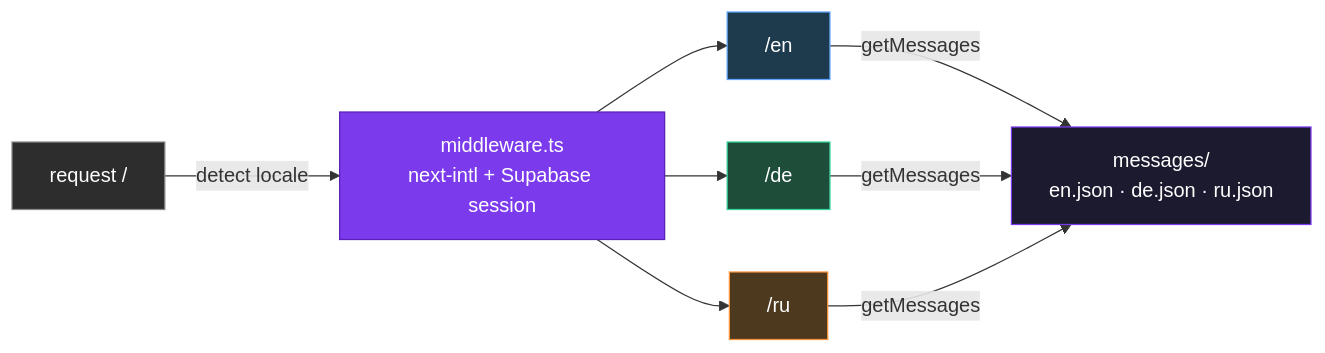
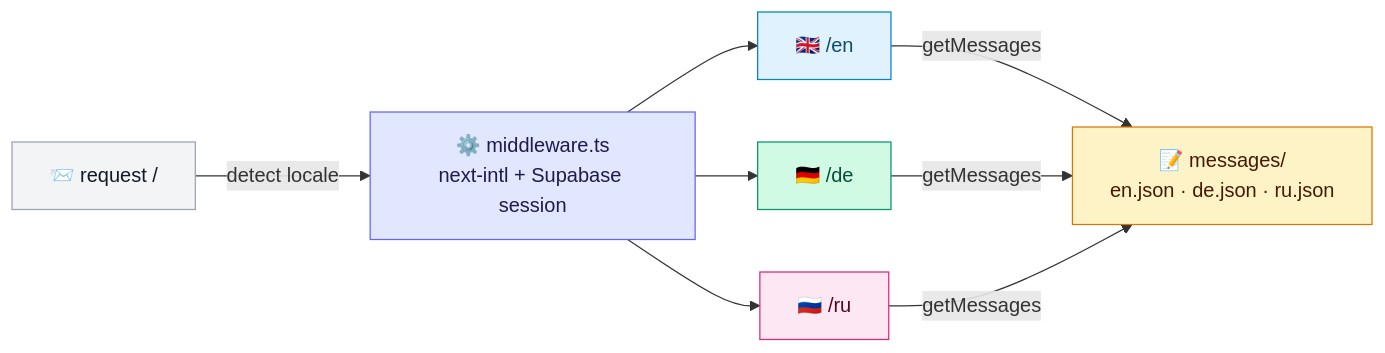
Before and after one commit to alexzhel-io/veloadout: the tenth of 14 diagrams in docs/architecture.md, drawn with Mermaid. The commit also changed other lines of this file and 1 other file, not shown here.

Commit message:
docs: translate to English, pastel colors on all diagrams

````diff
--- a/docs/architecture.md
+++ b/docs/architecture.md
@@ -360,22 +379,22 @@
 ```mermaid
 graph LR
-    REQ["request /"]
-    MW["middleware.ts<br>next-intl + Supabase session"]
-    EN["/en"]
-    DE["/de"]
-    RU["/ru"]
-    MSG["messages/<br>en.json · de.json · ru.json"]
+    REQ["📨 request /"]
+    MW["⚙️ middleware.ts<br>next-intl + Supabase session"]
+    EN["🇬🇧 /en"]
+    DE["🇩🇪 /de"]
+    RU["🇷🇺 /ru"]
+    MSG["📝 messages/<br>en.json · de.json · ru.json"]
 
     REQ -->|detect locale| MW
     MW --> EN
     MW --> DE
     MW --> RU
     EN & DE & RU -->|getMessages| MSG
 
-    style REQ fill:#2d2d2d,stroke:#888,color:#fff
-    style MW fill:#7c3aed,stroke:#5b21b6,color:#fff
-    style EN fill:#1e3a4d,stroke:#60a5fa,color:#fff
-    style DE fill:#1e4d3a,stroke:#34d399,color:#fff
-    style RU fill:#4d3a1e,stroke:#fb923c,color:#fff
-    style MSG fill:#1c1a2e,stroke:#7c3aed,color:#fff
+    style REQ fill:#f3f4f6,stroke:#9ca3af,color:#111827
+    style MW fill:#e0e7ff,stroke:#6366f1,color:#1e1b4b
+    style EN fill:#e0f2fe,stroke:#0284c7,color:#0c4a6e
+    style DE fill:#d1fae5,stroke:#059669,color:#064e3b
+    style RU fill:#fce7f3,stroke:#db2777,color:#500724
+    style MSG fill:#fef3c7,stroke:#d97706,color:#451a03
 ```
````
